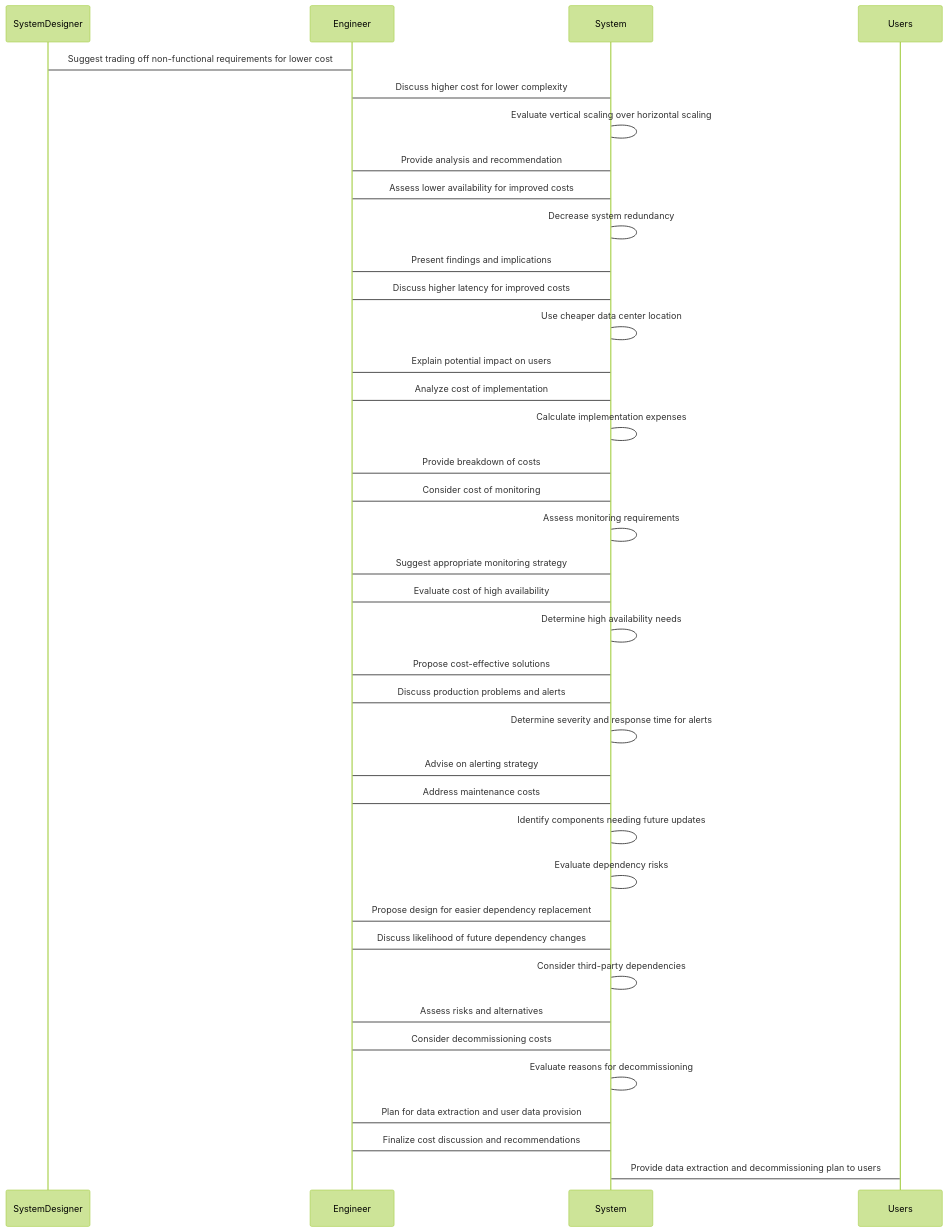
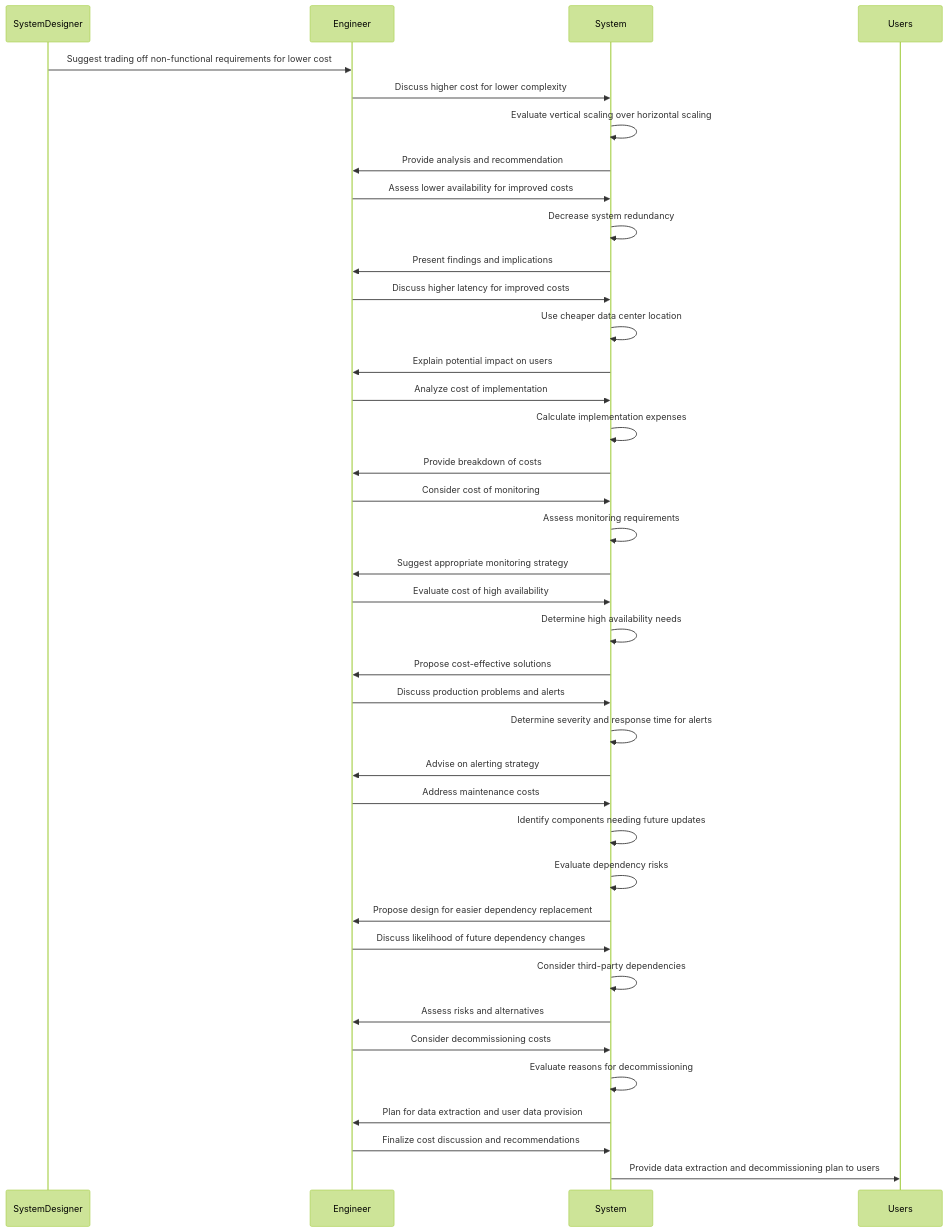
The diagram in system_design/2_non_functional_requirements/7_cost/0_intro_sequence.mermaid (rajat965ng/blogs), drawn with Mermaid (forest theme) before and after one commit.

Commit message:
updated with system design

```diff
--- a/system_design/2_non_functional_requirements/7_cost/0_intro_sequence.mermaid
+++ b/system_design/2_non_functional_requirements/7_cost/0_intro_sequence.mermaid
@@ -1,35 +1,35 @@
 sequenceDiagram
-    SystemDesigner->Engineer: Suggest trading off non-functional requirements for lower cost
-    Engineer->System: Discuss higher cost for lower complexity
-    System->System: Evaluate vertical scaling over horizontal scaling
-    System->Engineer: Provide analysis and recommendation
-    Engineer->System: Assess lower availability for improved costs
-    System->System: Decrease system redundancy
-    System->Engineer: Present findings and implications
-    Engineer->System: Discuss higher latency for improved costs
-    System->System: Use cheaper data center location
-    System->Engineer: Explain potential impact on users
-    Engineer->System: Analyze cost of implementation
-    System->System: Calculate implementation expenses
-    System->Engineer: Provide breakdown of costs
-    Engineer->System: Consider cost of monitoring
-    System->System: Assess monitoring requirements
-    System->Engineer: Suggest appropriate monitoring strategy
-    Engineer->System: Evaluate cost of high availability
-    System->System: Determine high availability needs
-    System->Engineer: Propose cost-effective solutions
-    Engineer->System: Discuss production problems and alerts
-    System->System: Determine severity and response time for alerts
-    System->Engineer: Advise on alerting strategy
-    Engineer->System: Address maintenance costs
-    System->System: Identify components needing future updates
-    System->System: Evaluate dependency risks
-    System->Engineer: Propose design for easier dependency replacement
-    Engineer->System: Discuss likelihood of future dependency changes
-    System->System: Consider third-party dependencies
-    System->Engineer: Assess risks and alternatives
-    Engineer->System: Consider decommissioning costs
-    System->System: Evaluate reasons for decommissioning
-    System->Engineer: Plan for data extraction and user data provision
-    Engineer->System: Finalize cost discussion and recommendations
-    System->Users: Provide data extraction and decommissioning plan to users
+    SystemDesigner->>Engineer: Suggest trading off non-functional requirements for lower cost
+    Engineer->>System: Discuss higher cost for lower complexity
+    System->>System: Evaluate vertical scaling over horizontal scaling
+    System->>Engineer: Provide analysis and recommendation
+    Engineer->>System: Assess lower availability for improved costs
+    System->>System: Decrease system redundancy
+    System->>Engineer: Present findings and implications
+    Engineer->>System: Discuss higher latency for improved costs
+    System->>System: Use cheaper data center location
+    System->>Engineer: Explain potential impact on users
+    Engineer->>System: Analyze cost of implementation
+    System->>System: Calculate implementation expenses
+    System->>Engineer: Provide breakdown of costs
+    Engineer->>System: Consider cost of monitoring
+    System->>System: Assess monitoring requirements
+    System->>Engineer: Suggest appropriate monitoring strategy
+    Engineer->>System: Evaluate cost of high availability
+    System->>System: Determine high availability needs
+    System->>Engineer: Propose cost-effective solutions
+    Engineer->>System: Discuss production problems and alerts
+    System->>System: Determine severity and response time for alerts
+    System->>Engineer: Advise on alerting strategy
+    Engineer->>System: Address maintenance costs
+    System->>System: Identify components needing future updates
+    System->>System: Evaluate dependency risks
+    System->>Engineer: Propose design for easier dependency replacement
+    Engineer->>System: Discuss likelihood of future dependency changes
+    System->>System: Consider third-party dependencies
+    System->>Engineer: Assess risks and alternatives
+    Engineer->>System: Consider decommissioning costs
+    System->>System: Evaluate reasons for decommissioning
+    System->>Engineer: Plan for data extraction and user data provision
+    Engineer->>System: Finalize cost discussion and recommendations
+    System->>Users: Provide data extraction and decommissioning plan to users
```
